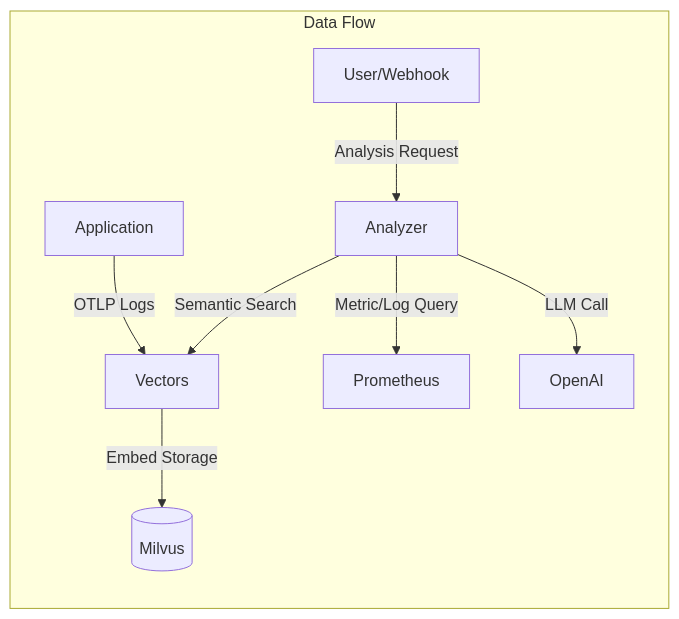
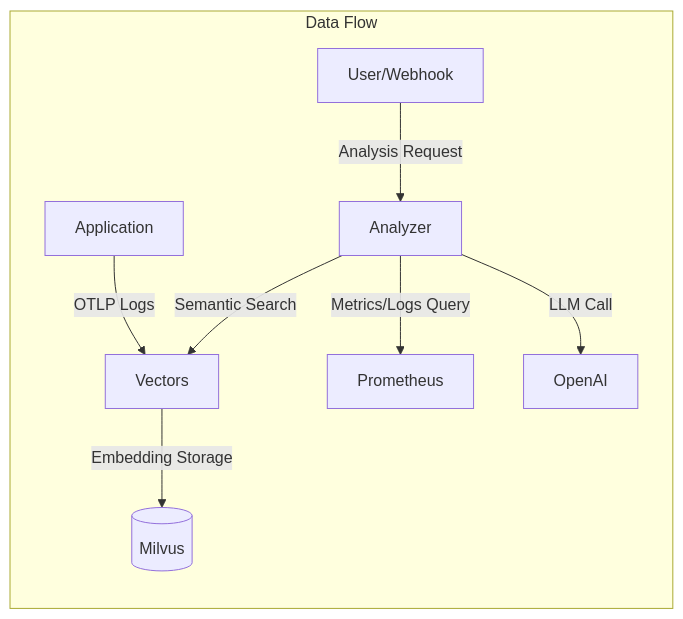
The first of 2 diagrams in src/content/blog/en/meerkat-deep-dive.md (mandacode-labs/mandacode-devs), drawn with Mermaid before and after one commit. The commit also changed other lines of this file and 30 other files, not shown here.

````diff
--- a/src/content/blog/en/meerkat-deep-dive.md
+++ b/src/content/blog/en/meerkat-deep-dive.md
@@ -39,11 +39,11 @@
 ```mermaid
 graph LR
     subgraph "Data Flow"
         App[Application] -- OTLP Logs --> Vectors
-        Vectors -- Embed Storage --> Milvus[(Milvus)]
+        Vectors -- Embedding Storage --> Milvus[(Milvus)]
         Client[User/Webhook] -- Analysis Request --> Analyzer
         Analyzer -- Semantic Search --> Vectors
-        Analyzer -- Metric/Log Query --> Prometheus
+        Analyzer -- Metrics/Logs Query --> Prometheus
         Analyzer -- LLM Call --> OpenAI
     end
 ```
````
